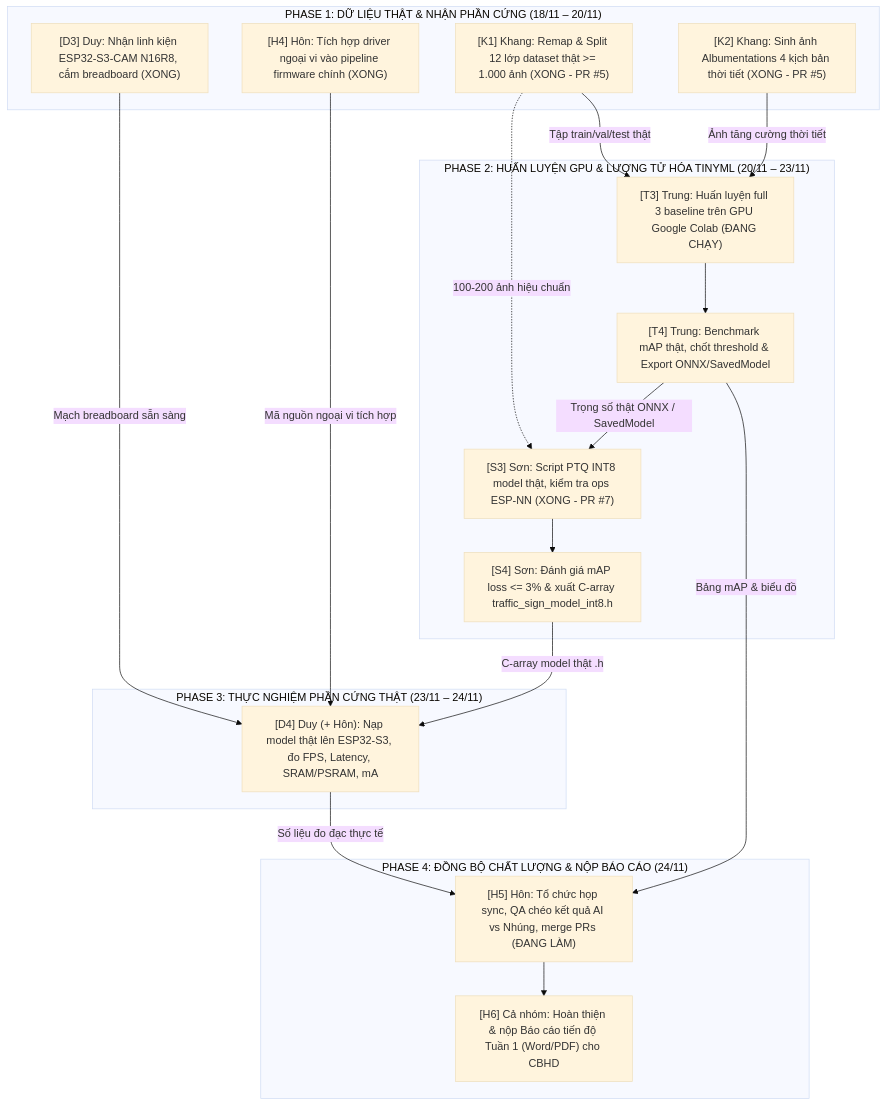
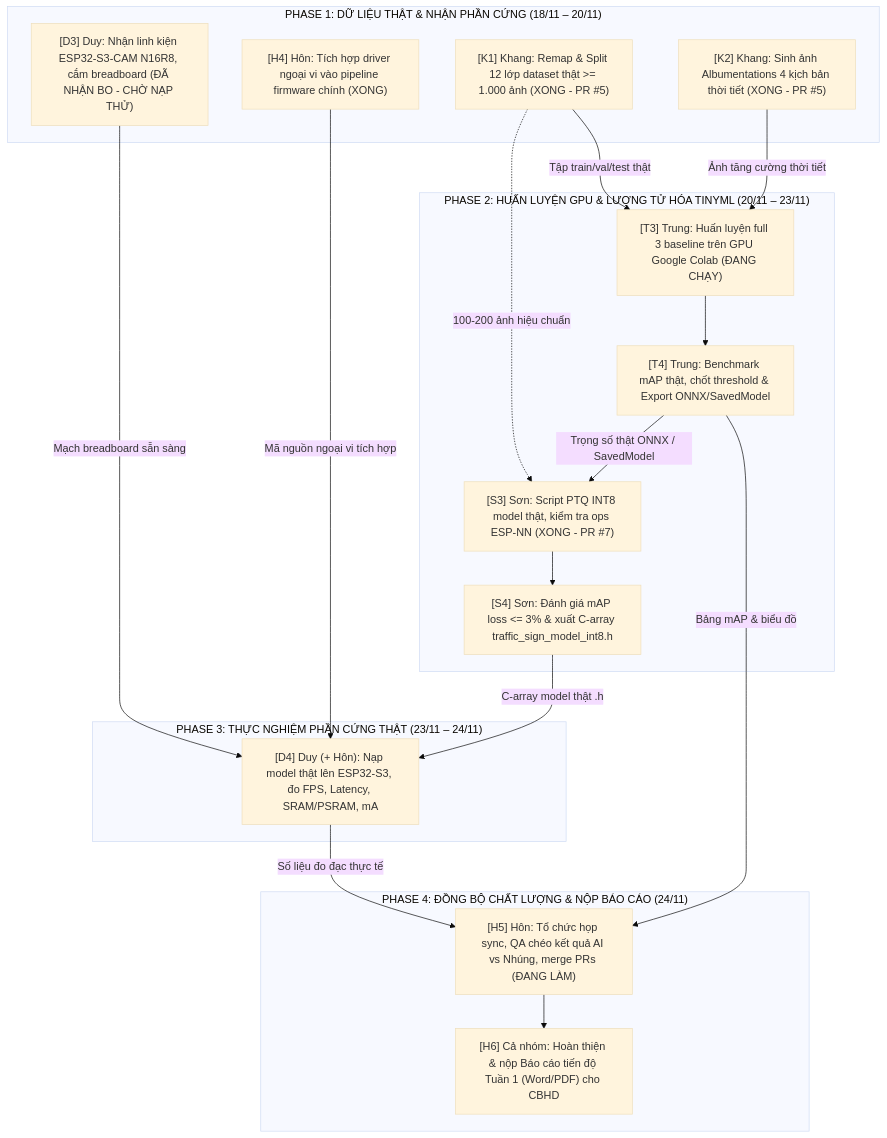
Before and after one commit to NDK2002/ce340-edgeai-traffic-sign-motorbike: the first of 2 diagrams in Ke_Hoach_Thuc_Hien_Tuan_5.md, drawn with Mermaid (base theme). The commit also changed other lines of this file, not shown here.

Commit message:
docs(plan): correct Duy's week 5 status: board received but not flashed, D4 firmware paths and per-frame latency

````diff
--- a/Ke_Hoach_Thuc_Hien_Tuan_5.md
+++ b/Ke_Hoach_Thuc_Hien_Tuan_5.md
@@ -18,38 +18,38 @@
 ```mermaid
 flowchart TD
     subgraph PHASE1["PHASE 1: DỮ LIỆU THẬT & NHẬN PHẦN CỨNG (18/11 – 20/11)"]
         K1["[K1] Khang: Remap & Split 12 lớp dataset thật >= 1.000 ảnh (XONG - PR #5)"]
         K2["[K2] Khang: Sinh ảnh Albumentations 4 kịch bản thời tiết (XONG - PR #5)"]
-        D3["[D3] Duy: Nhận linh kiện ESP32-S3-CAM N16R8, cắm breadboard (XONG)"]
+        D3["[D3] Duy: Nhận linh kiện ESP32-S3-CAM N16R8, cắm breadboard (ĐÃ NHẬN BO - CHỜ NẠP THỬ)"]
         H4["[H4] Hôn: Tích hợp driver ngoại vi vào pipeline firmware chính (XONG)"]
     end
 
     subgraph PHASE2["PHASE 2: HUẤN LUYỆN GPU & LƯỢNG TỬ HÓA TINYML (20/11 – 23/11)"]
         T3["[T3] Trung: Huấn luyện full 3 baseline trên GPU Google Colab (ĐANG CHẠY)"]
         T4["[T4] Trung: Benchmark mAP thật, chốt threshold & Export ONNX/SavedModel"]
         S3["[S3] Sơn: Script PTQ INT8 model thật, kiểm tra ops ESP-NN (XONG - PR #7)"]
         S4["[S4] Sơn: Đánh giá mAP loss <= 3% & xuất C-array traffic_sign_model_int8.h"]
     end
 
     subgraph PHASE3["PHASE 3: THỰC NGHIỆM PHẦN CỨNG THẬT (23/11 – 24/11)"]
         D4["[D4] Duy (+ Hôn): Nạp model thật lên ESP32-S3, đo FPS, Latency, SRAM/PSRAM, mA"]
     end
 
     subgraph PHASE4["PHASE 4: ĐỒNG BỘ CHẤT LƯỢNG & NỘP BÁO CÁO (24/11)"]
         H5["[H5] Hôn: Tổ chức họp sync, QA chéo kết quả AI vs Nhúng, merge PRs (ĐANG LÀM)"]
         H6["[H6] Cả nhóm: Hoàn thiện & nộp Báo cáo tiến độ Tuần 1 (Word/PDF) cho CBHD"]
     end
 
     K1 -->|Tập train/val/test thật| T3
     K2 -->|Ảnh tăng cường thời tiết| T3
     K1 -.->|100-200 ảnh hiệu chuẩn| S3
     D3 -->|Mạch breadboard sẵn sàng| D4
     H4 -->|Mã nguồn ngoại vi tích hợp| D4
     T3 --> T4
     T4 -->|Trọng số thật ONNX / SavedModel| S3
     S3 --> S4
     S4 -->|C-array model thật .h| D4
     D4 -->|Số liệu đo đạc thực tế| H5
     T4 -->|Bảng mAP & biểu đồ| H5
     H5 --> H6
 ```
````
